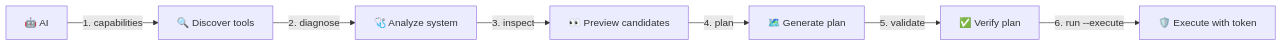
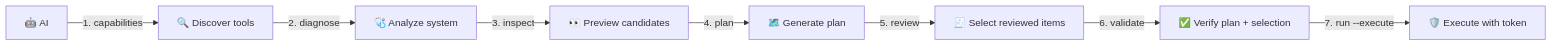
The diagram in docs/doc/README.md (imajinyun/cleanmac), drawn with Mermaid before and after one commit. The commit also changed other lines of this file and 6 other files, not shown here.

````diff
--- a/docs/doc/README.md
+++ b/docs/doc/README.md
@@ -204,9 +220,10 @@
 ```mermaid
 graph LR
     A[🤖 AI] -->|1. capabilities| B[🔍 Discover tools]
     B -->|2. diagnose| C[🩺 Analyze system]
     C -->|3. inspect| D[👀 Preview candidates]
     D -->|4. plan| E[🗺️ Generate plan]
-    E -->|5. validate| F[✅ Verify plan]
-    F -->|6. run --execute| G[🛡️ Execute with token]
+    E -->|5. review| F[🧾 Select reviewed items]
+    F -->|6. validate| G[✅ Verify plan + selection]
+    G -->|7. run --execute| H[🛡️ Execute with token]
 ```
````
